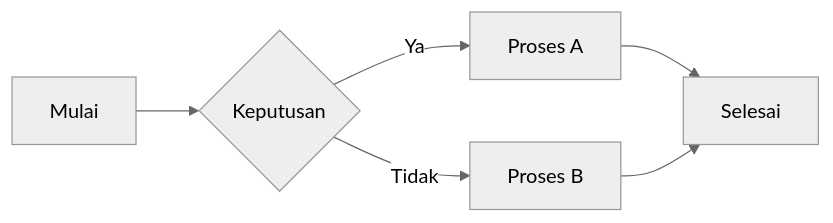
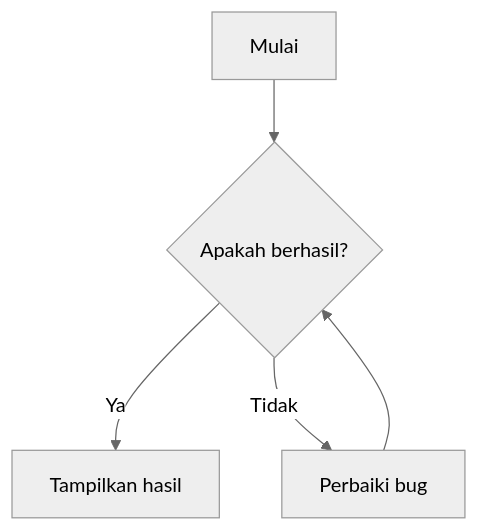
One commit to wumbojb/my-notes changed the first of 6 diagrams in content/id/posts/tipografi.md. Above: the diagram before and after it, drawn with Mermaid (neutral theme). The commit also changed other lines of this file and 2 other files, not shown here.

````diff
--- a/content/id/posts/tipografi.md
+++ b/content/id/posts/tipografi.md
@@ -165,8 +188,7 @@
-```mermaid  
-graph LR  
-    A[Mulai] --> B{Keputusan}  
-    B -->|Ya| C[Proses A]  
-    B -->|Tidak| D[Proses B]  
-    C --> E[Selesai]  
-    D --> E  
-```  
+```mermaid
+graph TD;
+    A[Mulai] --> B{Apakah berhasil?};
+    B -- Ya --> C[Tampilkan hasil];
+    B -- Tidak --> D[Perbaiki bug];
+    D --> B;
+```
````
